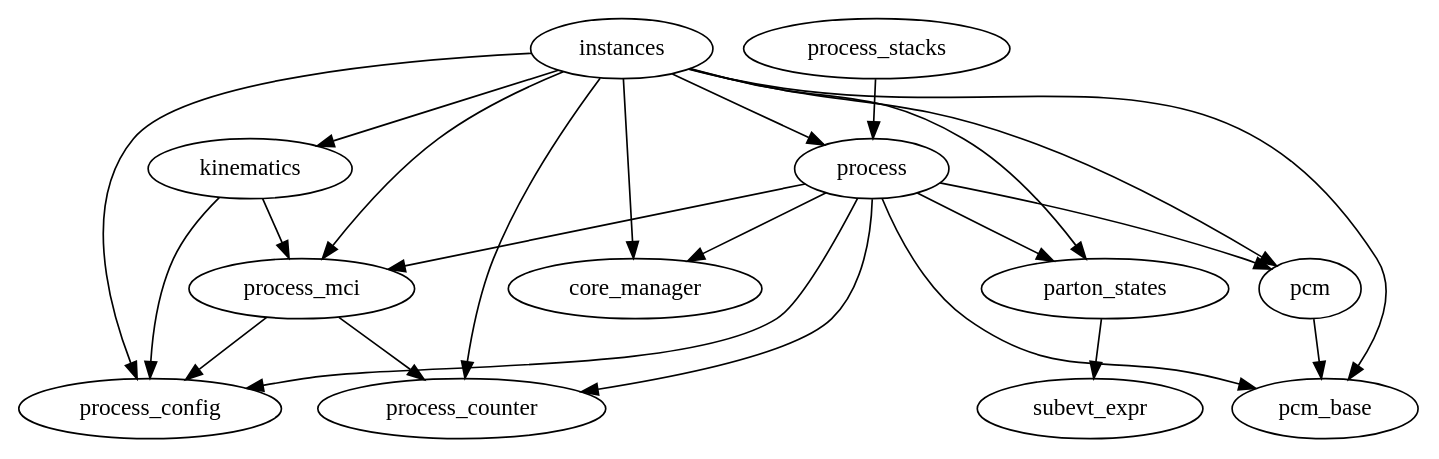
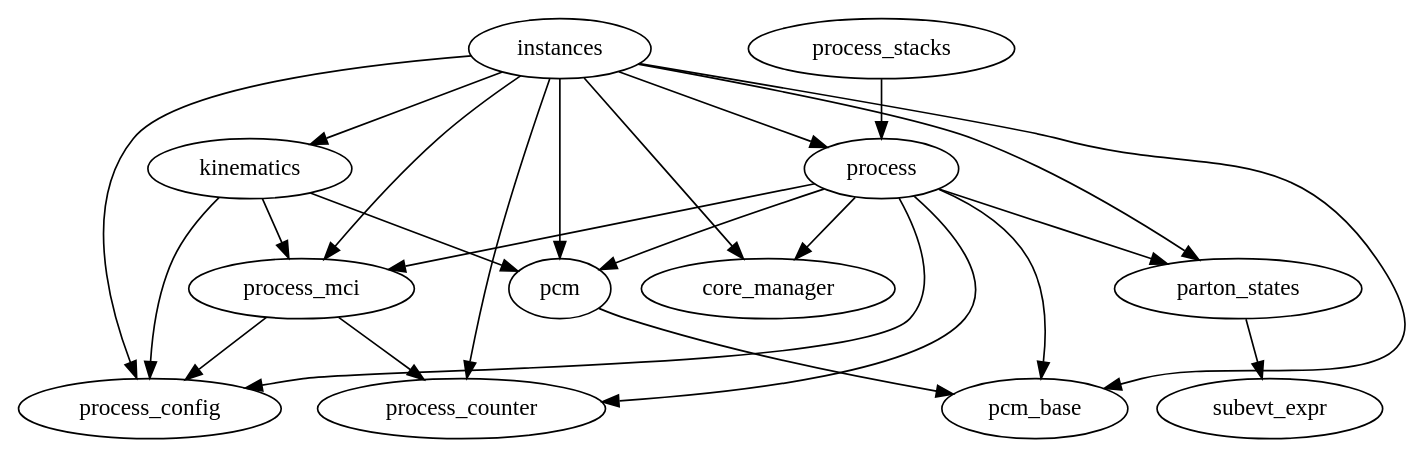
One commit to bendavid/whizard changed the diagram in share/doc/process_integration.dot. Above: the diagram before and after it, drawn with Graphviz. The commit also changed 1249 other files, not shown here.

```diff
--- a/share/doc/process_integration.dot
+++ b/share/doc/process_integration.dot
@@ -1,26 +1,27 @@
 
 digraph G {
 process -> process_config
 parton_states -> subevt_expr
 instances -> pcm
 process -> pcm
 process -> process_mci
 process -> process_counter
 kinematics -> process_mci
 instances -> core_manager
 instances -> pcm_base
 instances -> process_config
 process -> parton_states
 instances -> kinematics
 instances -> process_mci
 process -> core_manager
 process_mci -> process_config
 instances -> parton_states
 instances -> process_counter
 pcm -> pcm_base
 process_stacks -> process
 process -> pcm_base
+kinematics -> pcm
 instances -> process
 kinematics -> process_config
 process_mci -> process_counter
  }
```
